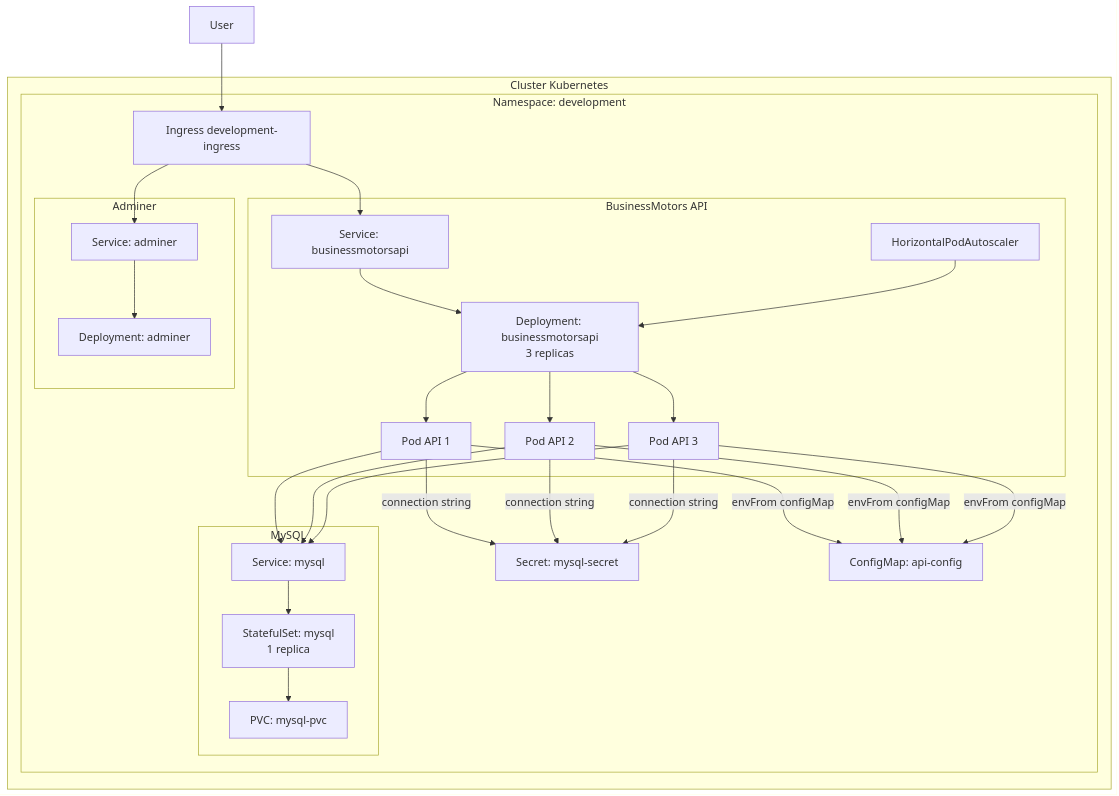
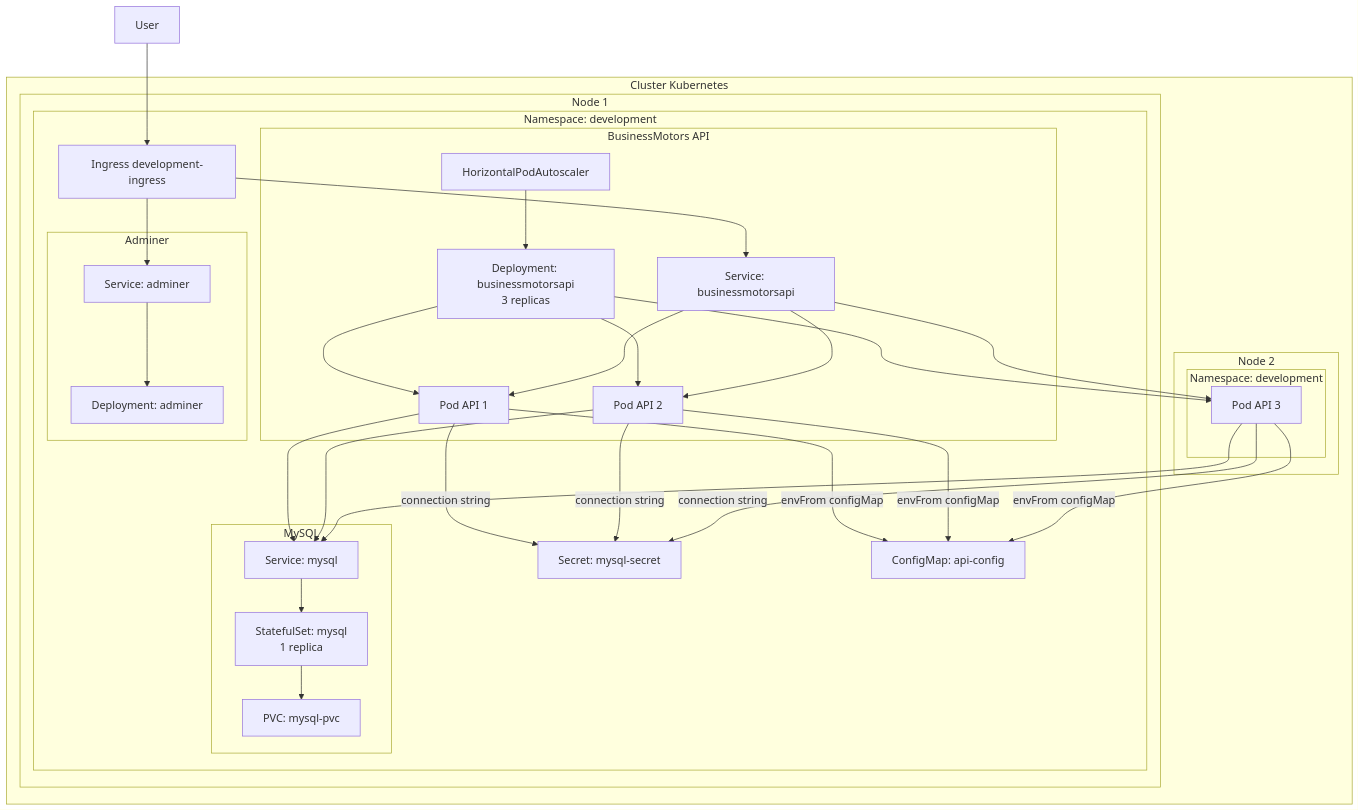
The second of 2 diagrams in README.md (carlosviniciustenorio/BusinessMotors), drawn with Mermaid before and after one commit. The commit also changed other lines of this file, not shown here.

Commit message:
docs: update Kubernetes cluster diagram for improved clarity and structure

````diff
--- a/README.md
+++ b/README.md
@@ -56,59 +56,69 @@
 ```mermaid
 flowchart TB
     User --> Ingress
 
-    subgraph KubernetesCluster[Cluster Kubernetes]
-        subgraph NamespaceDev[Namespace: development]
-            Ingress[Ingress development-ingress]
+    subgraph Cluster[Cluster Kubernetes]
+        subgraph Node1[Node 1]
+            subgraph NamespaceDev1[Namespace: development]
+                Ingress[Ingress development-ingress]
 
-            subgraph API[BusinessMotors API]
-                ServiceAPI[Service: businessmotorsapi]
-                HPA[HorizontalPodAutoscaler]
-                DeploymentAPI[Deployment: businessmotorsapi\n3 replicas]
-                PodAPI1[Pod API 1]
-                PodAPI2[Pod API 2]
+                subgraph API1[BusinessMotors API]
+                    ServiceAPI[Service: businessmotorsapi]
+                    HPA[HorizontalPodAutoscaler]
+                    DeploymentAPI[Deployment: businessmotorsapi\n3 replicas]
+                    PodAPI1[Pod API 1]
+                    PodAPI2[Pod API 2]
+                end
+
+                subgraph Adminer1[Adminer]
+                    ServiceAdminer[Service: adminer]
+                    DeploymentAdminer[Deployment: adminer]
+                end
+
+                subgraph Mysql1[MySQL]
+                    ServiceMySQL[Service: mysql]
+                    StatefulSetMySQL[StatefulSet: mysql\n1 replica]
+                    PVC[PVC: mysql-pvc]
+                end
+
+                Secret[Secret: mysql-secret]
+                ConfigMap[ConfigMap: api-config]
+            end
+        end
+
+        subgraph Node2[Node 2]
+            subgraph NamespaceDev2[Namespace: development]
                 PodAPI3[Pod API 3]
             end
-
-            subgraph Adminer[Adminer]
-                ServiceAdminer[Service: adminer]
-                DeploymentAdminer[Deployment: adminer]
-            end
-
-            subgraph MySQL[MySQL]
-                ServiceMySQL[Service: mysql]
-                StatefulSetMySQL[StatefulSet: mysql\n1 replica]
-                PVC[PVC: mysql-pvc]
-            end
-
-            Secret[Secret: mysql-secret]
-            ConfigMap[ConfigMap: api-config]
         end
     end
 
     Ingress --> ServiceAPI
     Ingress --> ServiceAdminer
 
-    ServiceAPI --> DeploymentAPI
     HPA --> DeploymentAPI
     DeploymentAPI --> PodAPI1
     DeploymentAPI --> PodAPI2
     DeploymentAPI --> PodAPI3
+
+    ServiceAPI --> PodAPI1
+    ServiceAPI --> PodAPI2
+    ServiceAPI --> PodAPI3
 
     PodAPI1 -->|envFrom configMap| ConfigMap
     PodAPI2 -->|envFrom configMap| ConfigMap
     PodAPI3 -->|envFrom configMap| ConfigMap
 
     PodAPI1 -->|connection string| Secret
     PodAPI2 -->|connection string| Secret
     PodAPI3 -->|connection string| Secret
 
     PodAPI1 --> ServiceMySQL
     PodAPI2 --> ServiceMySQL
     PodAPI3 --> ServiceMySQL
 
     ServiceMySQL --> StatefulSetMySQL
     StatefulSetMySQL --> PVC
 
     ServiceAdminer --> DeploymentAdminer
 ```
````
